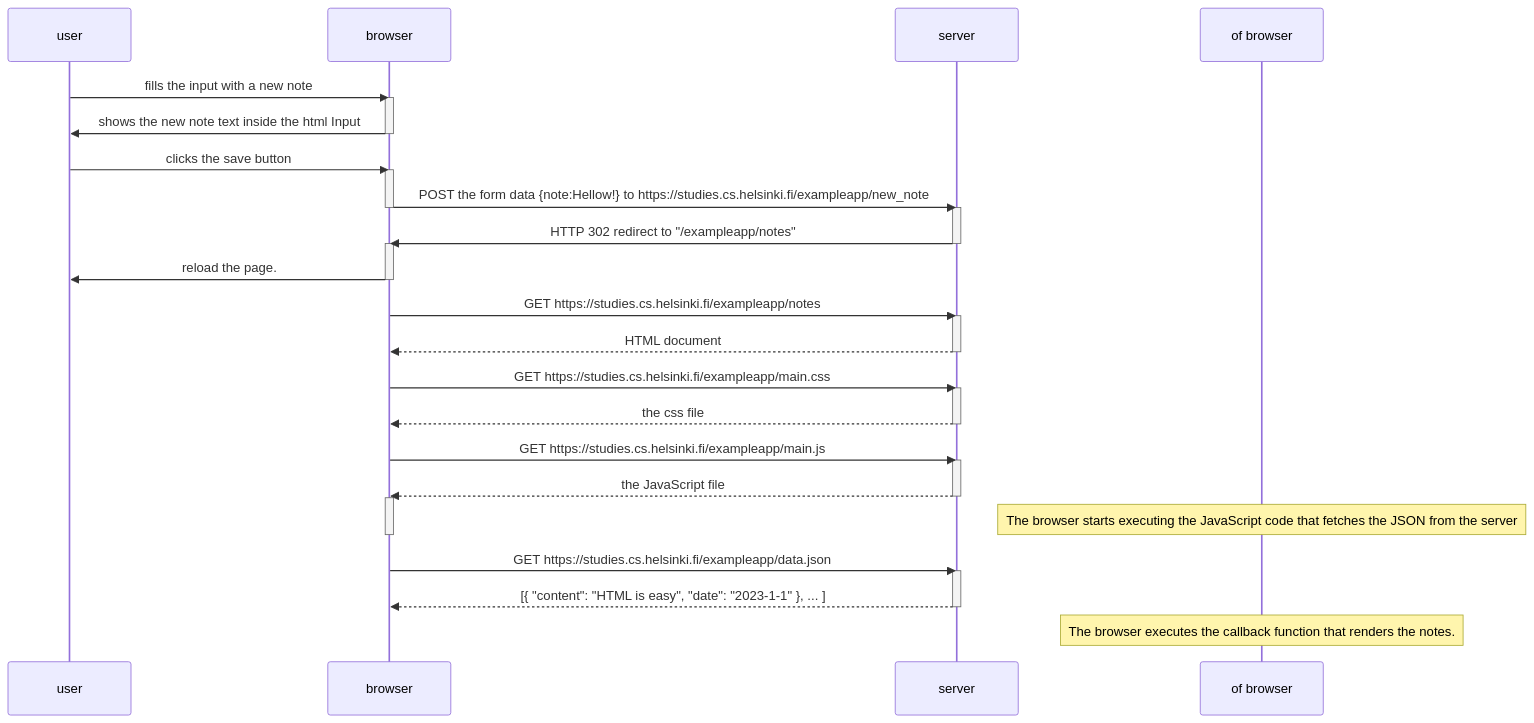
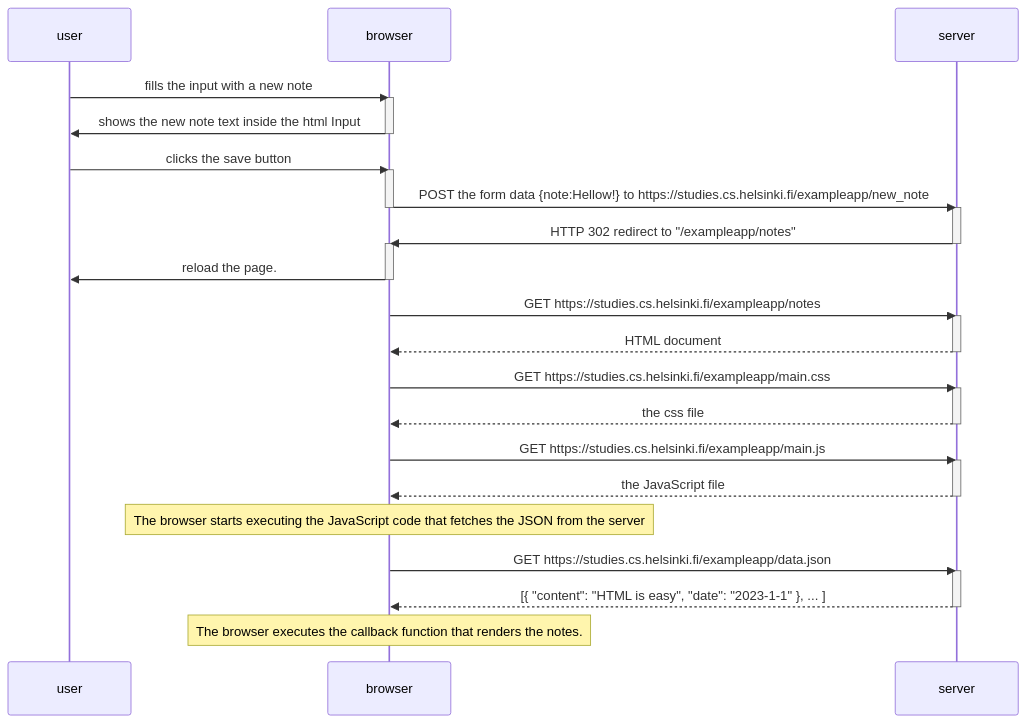
Before and after one commit to jaimesuarez99/courseFullStackOpen: the diagram in part0/0.4/diagram.md, drawn with Mermaid.

Commit message:
minor changes

````diff
--- a/part0/0.4/diagram.md
+++ b/part0/0.4/diagram.md
@@ -2,48 +2,46 @@
 ```mermaid
 sequenceDiagram
     participant user
     participant browser
     participant server
 
     user->>browser: fills the input with a new note
     activate browser
     browser->>user: shows the new note text inside the html Input
     deactivate browser
 
     user->>browser: clicks the save button
     activate browser
     browser->>server: POST the form data {note:Hellow!} to https://studies.cs.helsinki.fi/exampleapp/new_note
     deactivate browser
     activate server
     server->>browser: HTTP 302 redirect to "/exampleapp/notes"
     deactivate server
     activate browser
     browser->>user: reload the page.
     deactivate browser
 
     browser->>server: GET https://studies.cs.helsinki.fi/exampleapp/notes
     activate server
     server-->>browser: HTML document
     deactivate server
 
     browser->>server: GET https://studies.cs.helsinki.fi/exampleapp/main.css
     activate server
     server-->>browser: the css file
     deactivate server
 
     browser->>server: GET https://studies.cs.helsinki.fi/exampleapp/main.js
     activate server
     server-->>browser: the JavaScript file
     deactivate server
-    
-    activate browser
-    Note over of browser: The browser starts executing the JavaScript code that fetches the JSON from the server
-    deactivate browser
+
+    Note over browser: The browser starts executing the JavaScript code that fetches the JSON from the server
 
     browser->>server: GET https://studies.cs.helsinki.fi/exampleapp/data.json
     activate server
     server-->>browser: [{ "content": "HTML is easy", "date": "2023-1-1" }, ... ]
     deactivate server
 
-    Note over of browser: The browser executes the callback function that renders the notes.
+    Note over browser: The browser executes the callback function that renders the notes.
 ```
````
